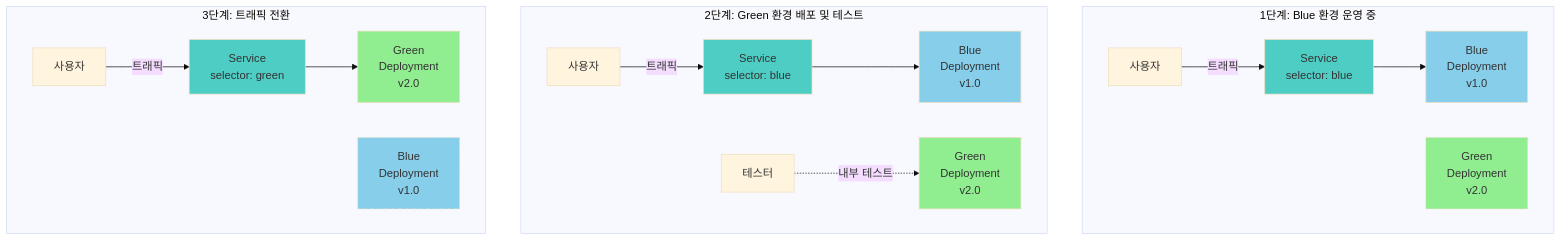
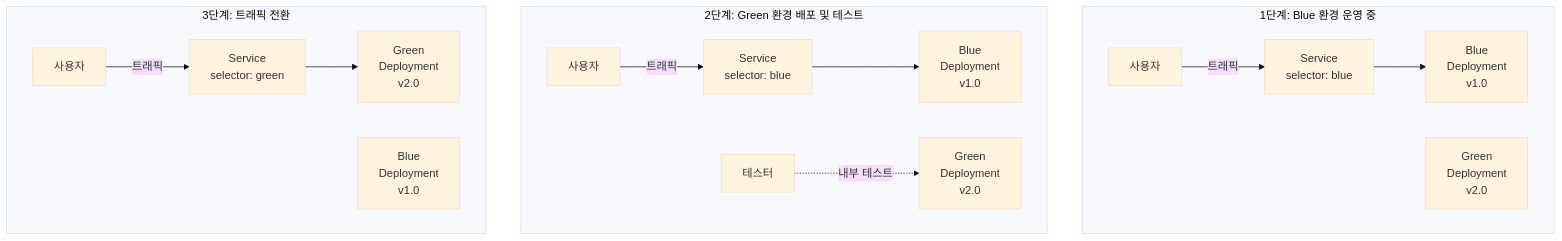
One commit to juwon8891/juwon8891.github.io changed the fifth of 11 diagrams in docs/cicd/week3-jenkins-argocd.md. Above: the diagram before and after it, drawn with Mermaid (base theme). The commit also changed other lines of this file and 18 other files, not shown here.

Commit message:
Remove bright colors from Mermaid diagrams for dark mode compatibility

````diff
--- a/docs/cicd/week3-jenkins-argocd.md
+++ b/docs/cicd/week3-jenkins-argocd.md
@@ -852,33 +840,24 @@
 ```mermaid
 graph TB
     subgraph "1단계: Blue 환경 운영 중"
         USER1[사용자] -->|트래픽| SERVICE1[Service<br/>selector: blue]
         SERVICE1 --> BLUE1[Blue<br/>Deployment<br/>v1.0]
         GREEN1[Green<br/>Deployment<br/>v2.0]
 
-        style SERVICE1 fill:#4ECDC4
-        style BLUE1 fill:#87CEEB
-        style GREEN1 fill:#90EE90,stroke-dasharray: 5 5
     end
 
     subgraph "2단계: Green 환경 배포 및 테스트"
         USER2[사용자] -->|트래픽| SERVICE2[Service<br/>selector: blue]
         SERVICE2 --> BLUE2[Blue<br/>Deployment<br/>v1.0]
         GREEN2[Green<br/>Deployment<br/>v2.0]
         TEST[테스터] -.내부 테스트.-> GREEN2
 
-        style SERVICE2 fill:#4ECDC4
-        style BLUE2 fill:#87CEEB
-        style GREEN2 fill:#90EE90
     end
 
     subgraph "3단계: 트래픽 전환"
         USER3[사용자] -->|트래픽| SERVICE3[Service<br/>selector: green]
         SERVICE3 --> GREEN3[Green<br/>Deployment<br/>v2.0]
         BLUE3[Blue<br/>Deployment<br/>v1.0]
 
-        style SERVICE3 fill:#4ECDC4
-        style GREEN3 fill:#90EE90
-        style BLUE3 fill:#87CEEB,stroke-dasharray: 5 5
     end
 ```
````
